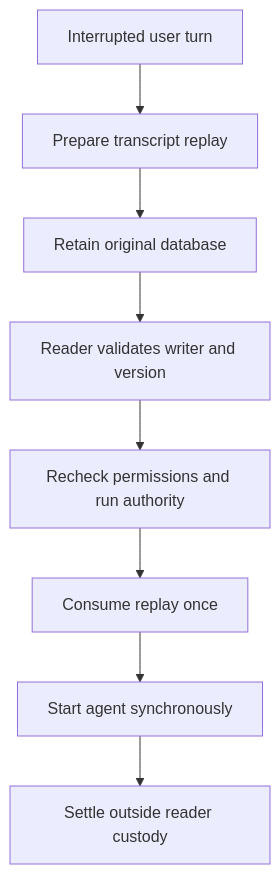
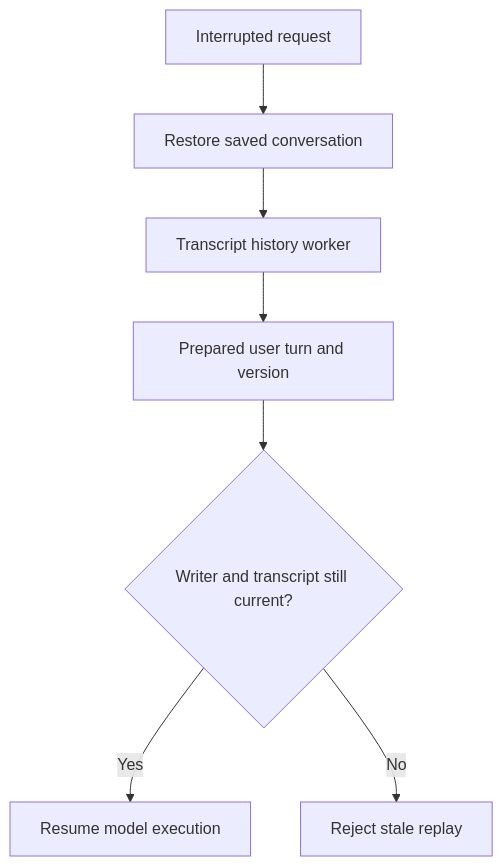
The diagram in fix-origins/clawsweeper/bundles/0195.full.md (miguelbranco80/openclaw-bug-origins), drawn with Mermaid before and after one commit. The commit also changed other lines of this file and 6464 other files, not shown here.

````diff
--- a/fix-origins/clawsweeper/bundles/0195.full.md
+++ b/fix-origins/clawsweeper/bundles/0195.full.md
@@ -39,10 +39,9 @@
 ```mermaid
 flowchart TD
-  A[Interrupted user turn] --> B[Prepare transcript replay]
-  B --> C[Retain original database]
-  C --> D[Reader validates writer and version]
-  D --> E[Recheck permissions and run authority]
-  E --> F[Consume replay once]
-  F --> G[Start agent synchronously]
-  G --> H[Settle outside reader custody]
+  A[Interrupted request] --> B[Restore saved conversation]
+  B --> C[Transcript history worker]
+  C --> D[Prepared user turn and version]
+  D --> E{Writer and transcript still current?}
+  E -->|Yes| F[Resume model execution]
+  E -->|No| G[Reject stale replay]
 ```
````
